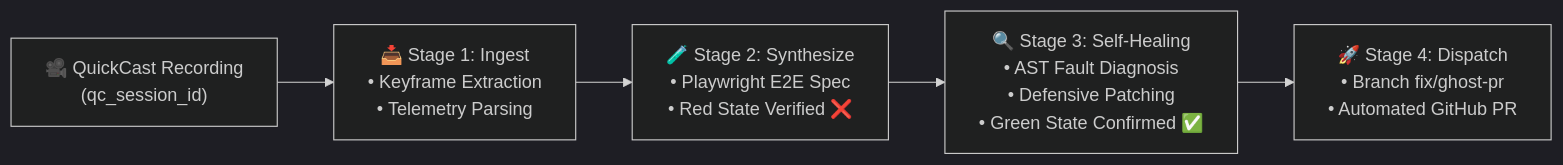
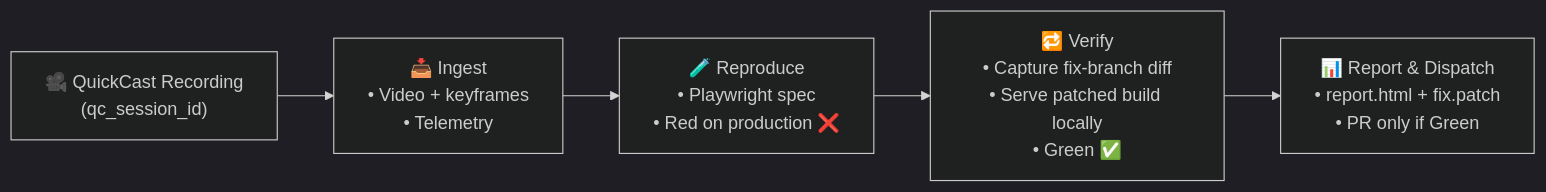
One commit to Miladmet/ghost-pr changed the diagram in README.md. Above: the diagram before and after it, drawn with Mermaid (dark theme). The commit also changed other lines of this file and 4 other files, not shown here.

Commit message:
docs(spec): align README, CLI banners, and Kiro specs with closed-loop verification architecture

````diff
--- a/README.md
+++ b/README.md
@@ -22,7 +24,7 @@
 ```mermaid
 flowchart LR
-    A["🎥 QuickCast Recording<br/>(qc_session_id)"] --> B["📥 Stage 1: Ingest<br/>• Keyframe Extraction<br/>• Telemetry Parsing"]
-    B --> C["🧪 Stage 2: Synthesize<br/>• Playwright E2E Spec<br/>• Red State Verified ❌"]
-    C --> D["🔍 Stage 3: Self-Healing<br/>• AST Fault Diagnosis<br/>• Defensive Patching<br/>• Green State Confirmed ✅"]
-    D --> E["🚀 Stage 4: Dispatch<br/>• Branch fix/ghost-pr<br/>• Automated GitHub PR"]
+    A["🎥 QuickCast Recording<br/>(qc_session_id)"] --> B["📥 Ingest<br/>• Video + keyframes<br/>• Telemetry"]
+    B --> C["🧪 Reproduce<br/>• Playwright spec<br/>• Red on production ❌"]
+    C --> D["🔁 Verify<br/>• Capture fix-branch diff<br/>• Serve patched build locally<br/>• Green ✅"]
+    D --> E["📊 Report & Dispatch<br/>• report.html + fix.patch<br/>• PR only if Green"]
 ```
````
